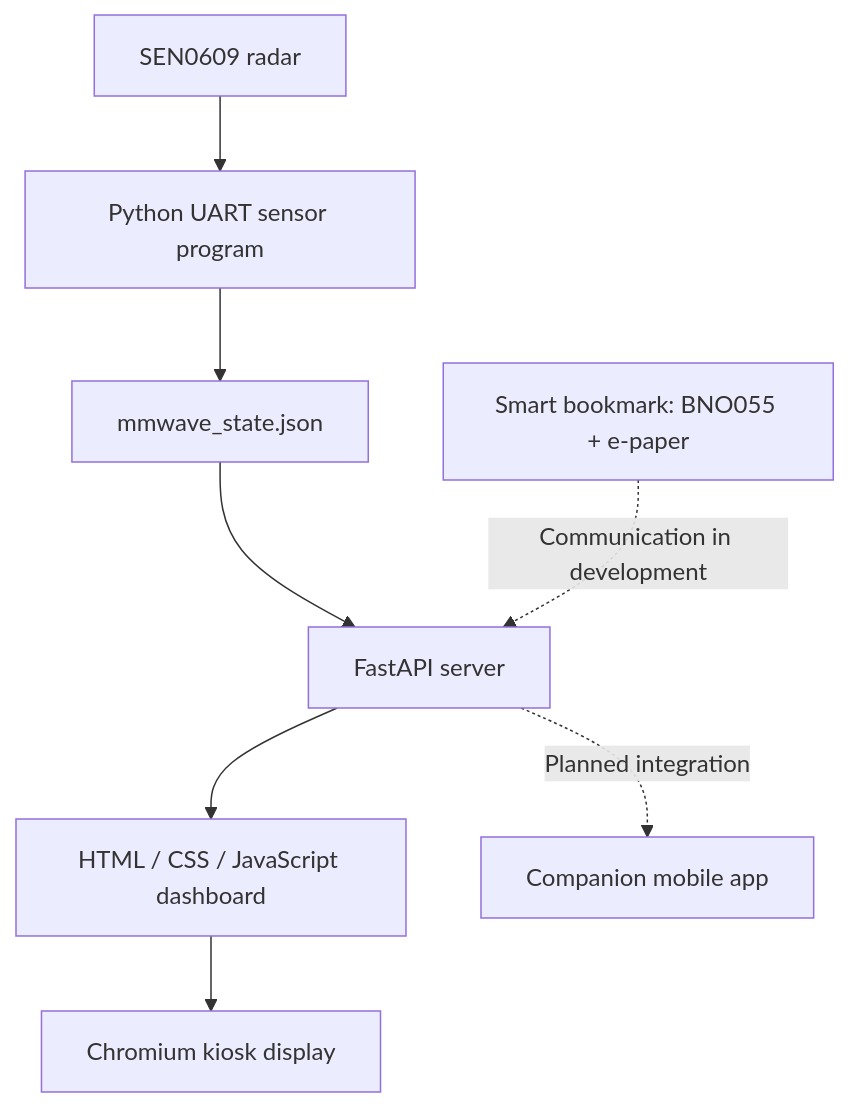
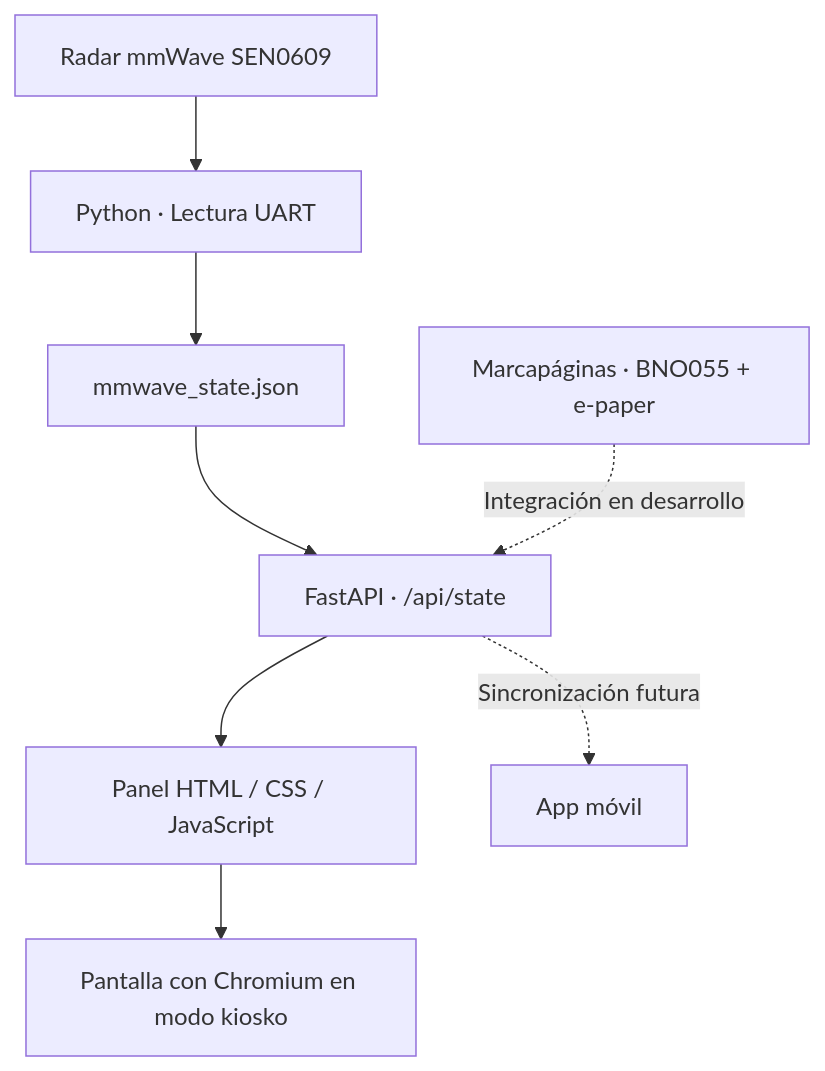
The diagram in README.md (Nextwro/NEXT-PAGE), drawn with Mermaid before and after one commit. The commit also changed other lines of this file, not shown here.

````diff
--- a/README.md
+++ b/README.md
@@ -45,15 +95,10 @@
 ```mermaid
 flowchart TD
-    B[Smart bookmark: BNO055 + e-paper]
-    R[SEN0609 radar]
-    P[Python UART sensor program]
-    J[mmwave_state.json]
-    F[FastAPI server]
-    D[HTML / CSS / JavaScript dashboard]
-    K[Chromium kiosk display]
-    A[Companion mobile app]
-
-    R --> P --> J --> F --> D --> K
-    B -. Communication in development .-> F
-    F -. Planned integration .-> A
+    A["Radar mmWave SEN0609"] --> B["Python · Lectura UART"]
+    B --> C["mmwave_state.json"]
+    C --> D["FastAPI · /api/state"]
+    D --> E["Panel HTML / CSS / JavaScript"]
+    E --> F["Pantalla con Chromium en modo kiosko"]
+    G["Marcapáginas · BNO055 + e-paper"] -. "Integración en desarrollo" .-> D
+    D -. "Sincronización futura" .-> H["App móvil"]
 ```
````
